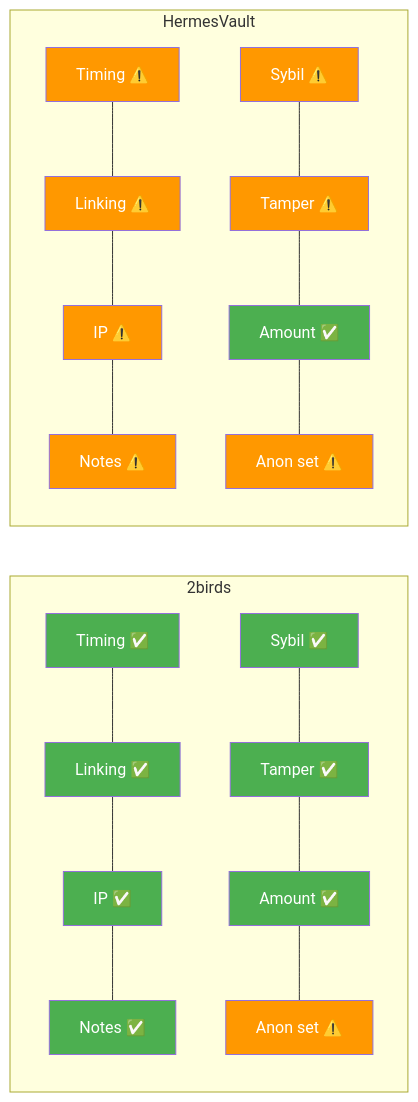
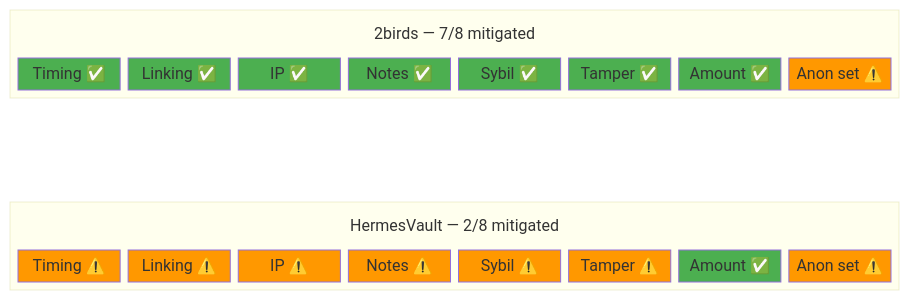
One commit to mitchhall16/2birds changed the fourth of 4 diagrams in README.md. Above: the diagram before and after it, drawn with Mermaid. The commit also changed other lines of this file, not shown here.

Commit message:
Fix comparison chart layout — use block diagram for horizontal grid

````diff
--- a/README.md
+++ b/README.md
@@ -198,29 +198,35 @@
 ```mermaid
-graph LR
-    subgraph "2birds"
-        T1["Timing ✅"] --- T2["Linking ✅"] --- T3["IP ✅"] --- T4["Notes ✅"]
-        T5["Sybil ✅"] --- T6["Tamper ✅"] --- T7["Amount ✅"] --- T8["Anon set ⚠️"]
+block-beta
+    columns 8
+    space:8
+    block:2birds:8
+        columns 8
+        t0["2birds — 7/8 mitigated"]:8
+        T1["Timing ✅"] T2["Linking ✅"] T3["IP ✅"] T4["Notes ✅"] T5["Sybil ✅"] T6["Tamper ✅"] T7["Amount ✅"] T8["Anon set ⚠️"]
     end
-
-    subgraph "HermesVault"
-        H1["Timing ⚠️"] --- H2["Linking ⚠️"] --- H3["IP ⚠️"] --- H4["Notes ⚠️"]
-        H5["Sybil ⚠️"] --- H6["Tamper ⚠️"] --- H7["Amount ✅"] --- H8["Anon set ⚠️"]
+    space:8
+    block:hermes:8
+        columns 8
+        h0["HermesVault — 2/8 mitigated"]:8
+        H1["Timing ⚠️"] H2["Linking ⚠️"] H3["IP ⚠️"] H4["Notes ⚠️"] H5["Sybil ⚠️"] H6["Tamper ⚠️"] H7["Amount ✅"] H8["Anon set ⚠️"]
     end
 
     style T1 fill:#4CAF50,color:#fff
     style T2 fill:#4CAF50,color:#fff
     style T3 fill:#4CAF50,color:#fff
     style T4 fill:#4CAF50,color:#fff
     style T5 fill:#4CAF50,color:#fff
     style T6 fill:#4CAF50,color:#fff
     style T7 fill:#4CAF50,color:#fff
     style T8 fill:#FF9800,color:#fff
     style H1 fill:#FF9800,color:#fff
     style H2 fill:#FF9800,color:#fff
     style H3 fill:#FF9800,color:#fff
     style H4 fill:#FF9800,color:#fff
     style H5 fill:#FF9800,color:#fff
     style H6 fill:#FF9800,color:#fff
     style H7 fill:#4CAF50,color:#fff
     style H8 fill:#FF9800,color:#fff
+    style t0 fill:none,stroke:none,color:#fff
+    style h0 fill:none,stroke:none,color:#fff
 ```
````
